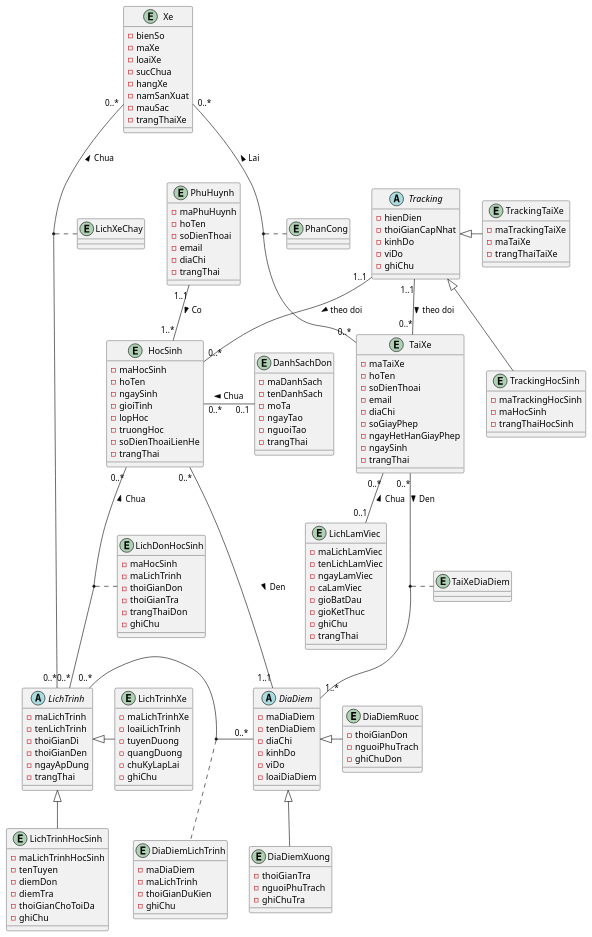
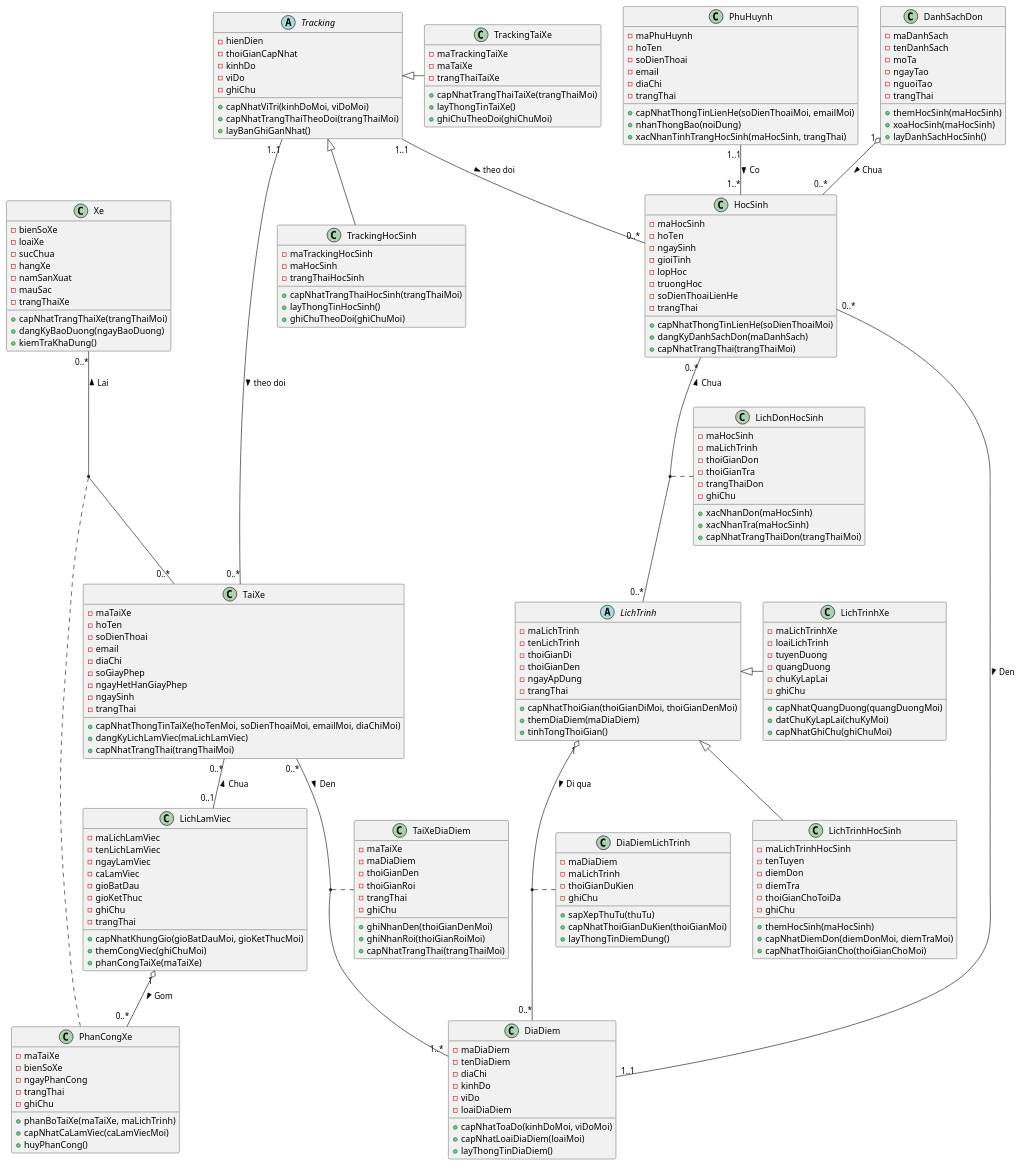
Before and after one commit to Bancie/UltraBus: the diagram in Bus-Smart-app/public/model/uml/domain/class.puml, drawn with PlantUML. The commit also changed 6 other files, not shown here.

First line of the commit message:
Update UML diagrams and add official use case

```diff
--- a/Bus-Smart-app/public/model/uml/domain/class.puml
+++ b/Bus-Smart-app/public/model/uml/domain/class.puml
@@ -1,6 +1,6 @@
 @startuml
-' Entity
-entity TaiXe {
+' Class
+Class TaiXe {
     - maTaiXe
     - hoTen
     - soDienThoai
@@ -10,18 +10,26 @@
     - ngayHetHanGiayPhep
     - ngaySinh
     - trangThai
+
+    +capNhatThongTinTaiXe(hoTenMoi, soDienThoaiMoi, emailMoi, diaChiMoi)
+    +dangKyLichLamViec(maLichLamViec)
+    +capNhatTrangThai(trangThaiMoi)
 }
 
-entity PhuHuynh {
+Class PhuHuynh {
     - maPhuHuynh
     - hoTen
     - soDienThoai
     - email
     - diaChi
     - trangThai
+
+    +capNhatThongTinLienHe(soDienThoaiMoi, emailMoi)
+    +nhanThongBao(noiDung)
+    +xacNhanTinhTrangHocSinh(maHocSinh, trangThai)
 }
 
-entity HocSinh {
+Class HocSinh {
     - maHocSinh
     - hoTen
     - ngaySinh
@@ -30,9 +38,13 @@
     - truongHoc
     - soDienThoaiLienHe
     - trangThai
+
+    +capNhatThongTinLienHe(soDienThoaiMoi)
+    +dangKyDanhSachDon(maDanhSach)
+    +capNhatTrangThai(trangThaiMoi)
 }
 
-entity LichLamViec {
+Class LichLamViec {
     - maLichLamViec
     - tenLichLamViec
     - ngayLamViec
@@ -41,136 +53,185 @@
     - gioKetThuc
     - ghiChu
     - trangThai
+
+    +capNhatKhungGio(gioBatDauMoi, gioKetThucMoi)
+    +themCongViec(ghiChuMoi)
+    +phanCongTaiXe(maTaiXe)
 }
 
-entity DanhSachDon {
+Class DanhSachDon {
     - maDanhSach
     - tenDanhSach
     - moTa
     - ngayTao
     - nguoiTao
     - trangThai
+
+    +themHocSinh(maHocSinh)
+    +xoaHocSinh(maHocSinh)
+    +layDanhSachHocSinh()
 }
 
-abstract LichTrinh {
+Abstract LichTrinh {
     - maLichTrinh
     - tenLichTrinh
     - thoiGianDi
     - thoiGianDen
     - ngayApDung
     - trangThai
+
+    +capNhatThoiGian(thoiGianDiMoi, thoiGianDenMoi)
+    +themDiaDiem(maDiaDiem)
+    +tinhTongThoiGian()
 }
 
-entity LichTrinhXe {
+Class LichTrinhXe {
     - maLichTrinhXe
     - loaiLichTrinh
     - tuyenDuong
     - quangDuong
     - chuKyLapLai
     - ghiChu
+
+    +capNhatQuangDuong(quangDuongMoi)
+    +datChuKyLapLai(chuKyMoi)
+    +capNhatGhiChu(ghiChuMoi)
 }
 
-entity LichTrinhHocSinh {
+Class LichTrinhHocSinh {
     - maLichTrinhHocSinh
     - tenTuyen
     - diemDon
     - diemTra
     - thoiGianChoToiDa
     - ghiChu
+
+    +themHocSinh(maHocSinh)
+    +capNhatDiemDon(diemDonMoi, diemTraMoi)
+    +capNhatThoiGianCho(thoiGianChoMoi)
 }
 
-entity Xe {
-    - bienSo
-    - maXe
+Class Xe {
+    - bienSoXe
     - loaiXe
     - sucChua
     - hangXe
     - namSanXuat
     - mauSac
     - trangThaiXe
+
+    +capNhatTrangThaiXe(trangThaiMoi)
+    +dangKyBaoDuong(ngayBaoDuong)
+    +kiemTraKhaDung()
 }
 
-entity PhanCong {
+Class PhanCongXe {
+    - maTaiXe
+    - bienSoXe
+    - ngayPhanCong
+    - trangThai
+    - ghiChu
 
+    +phanBoTaiXe(maTaiXe, maLichTrinh)
+    +capNhatCaLamViec(caLamViecMoi)
+    +huyPhanCong()
 }
 
-abstract Tracking {
+Abstract Tracking {
     - hienDien
     - thoiGianCapNhat
     - kinhDo
     - viDo
     - ghiChu
+
+    +capNhatViTri(kinhDoMoi, viDoMoi)
+    +capNhatTrangThaiTheoDoi(trangThaiMoi)
+    +layBanGhiGanNhat()
 }
 
-entity TrackingTaiXe {
+Class TrackingTaiXe {
     - maTrackingTaiXe
     - maTaiXe
     - trangThaiTaiXe
+
+    +capNhatTrangThaiTaiXe(trangThaiMoi)
+    +layThongTinTaiXe()
+    +ghiChuTheoDoi(ghiChuMoi)
 }
 
-entity TrackingHocSinh {
+Class TrackingHocSinh {
     - maTrackingHocSinh
     - maHocSinh
     - trangThaiHocSinh
+
+    +capNhatTrangThaiHocSinh(trangThaiMoi)
+    +layThongTinHocSinh()
+    +ghiChuTheoDoi(ghiChuMoi)
 }
 
-entity LichXeChay {
-
-}
-
-entity LichDonHocSinh {
+Class LichDonHocSinh {
     - maHocSinh
     - maLichTrinh
     - thoiGianDon
     - thoiGianTra
     - trangThaiDon
     - ghiChu
+
+    +xacNhanDon(maHocSinh)
+    +xacNhanTra(maHocSinh)
+    +capNhatTrangThaiDon(trangThaiMoi)
 }
 
-entity TaiXe
-
-abstract DiaDiem {
+Class DiaDiem {
     - maDiaDiem
     - tenDiaDiem
     - diaChi
     - kinhDo
     - viDo
     - loaiDiaDiem
-}
-entity DiaDiemRuoc {
-    - thoiGianDon
-    - nguoiPhuTrach
-    - ghiChuDon
-}
-entity DiaDiemXuong {
-    - thoiGianTra
-    - nguoiPhuTrach
-    - ghiChuTra
+
+    +capNhatToaDo(kinhDoMoi, viDoMoi)
+    +capNhatLoaiDiaDiem(loaiMoi)
+    +layThongTinDiaDiem()
 }
 
-entity TaiXeDiaDiem
-entity TaiXeDiaDiem
+Class TaiXeDiaDiem {
+    - maTaiXe
+    - maDiaDiem
+    - thoiGianDen
+    - thoiGianRoi
+    - trangThai
+    - ghiChu
 
-entity DiaDiemLichTrinh {
+    +ghiNhanDen(thoiGianDenMoi)
+    +ghiNhanRoi(thoiGianRoiMoi)
+    +capNhatTrangThai(trangThaiMoi)
+}
+
+Class DiaDiemLichTrinh {
     - maDiaDiem
     - maLichTrinh
     - thoiGianDuKien
     - ghiChu
+
+    +sapXepThuTu(thuTu)
+    +capNhatThoiGianDuKien(thoiGianMoi)
+    +layThongTinDiemDung()
 }
 
 ' Association
 
 TaiXe"0..*" -- "0..1"LichLamViec : Chua <
+LichLamViec "1" o-- "0..*" PhanCongXe : Gom >
 
 LichTrinh <|- LichTrinhXe
 LichTrinh <|-- LichTrinhHocSinh
 
 HocSinh"0..*" -- "0..*"LichTrinh : Chua <
-HocSinh"0..*" - "0..1"DanhSachDon : Chua <
+DanhSachDon "1" o-- "0..*" HocSinh : Chua >
 
-Xe"0..*" -- "0..*"LichTrinh : Chua <
 Xe"0..*" -- "0..*"TaiXe : Lai <
-(Xe, TaiXe) . PhanCong
+(Xe, TaiXe) . PhanCongXe
 
 PhuHuynh"1..1" -- "1..*"HocSinh : Co >
 
@@ -179,15 +240,12 @@
 Tracking"1..1" -- "0..*"TaiXe : theo doi >
 Tracking"1..1" -- "0..*"HocSinh : theo doi >
 
-(Xe, LichTrinh) . LichXeChay
 (HocSinh, LichTrinh) . LichDonHocSinh
 
-DiaDiem <|- DiaDiemRuoc
-DiaDiem <|-- DiaDiemXuong
 HocSinh"0..*" --- "1..1"DiaDiem : Den >
 TaiXe"0..*" -- "1..*"DiaDiem : Den >
 (DiaDiem, TaiXe) . TaiXeDiaDiem
 
-LichTrinh"0..*" - "0..*"DiaDiem
+LichTrinh "1" o-- "0..*" DiaDiem : Di qua >
 (LichTrinh, DiaDiem) . DiaDiemLichTrinh
 @enduml
```
